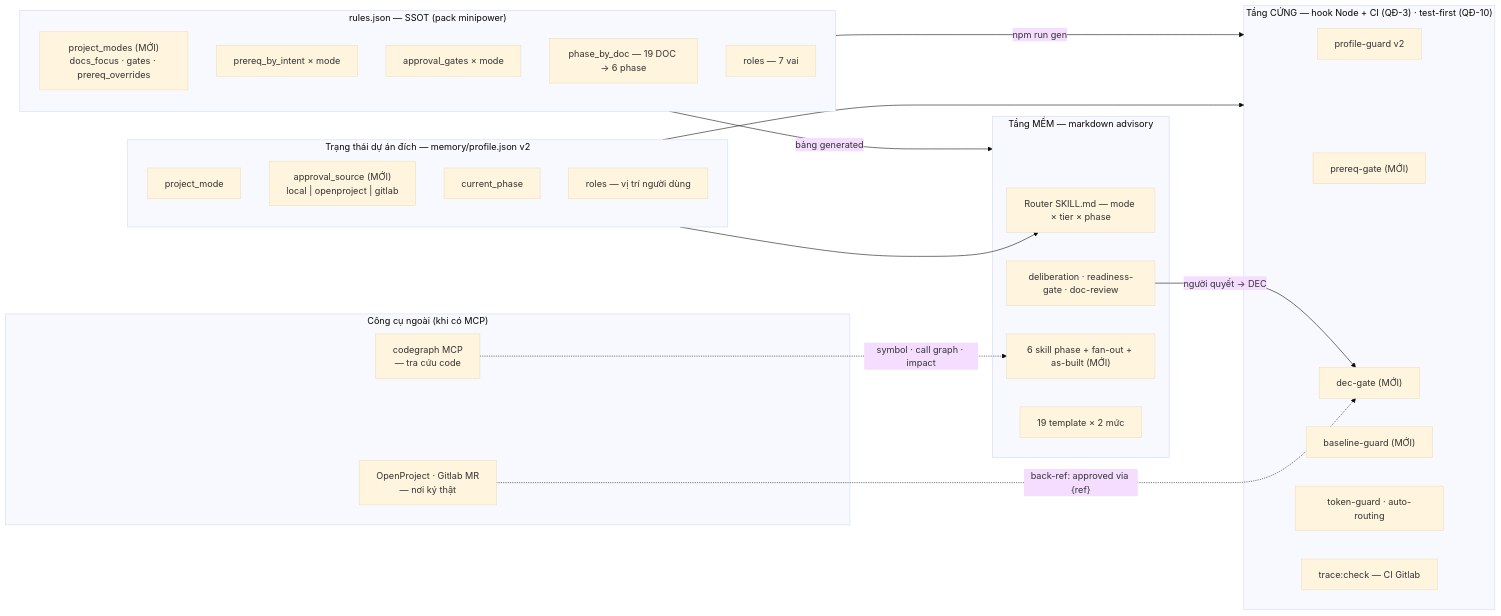
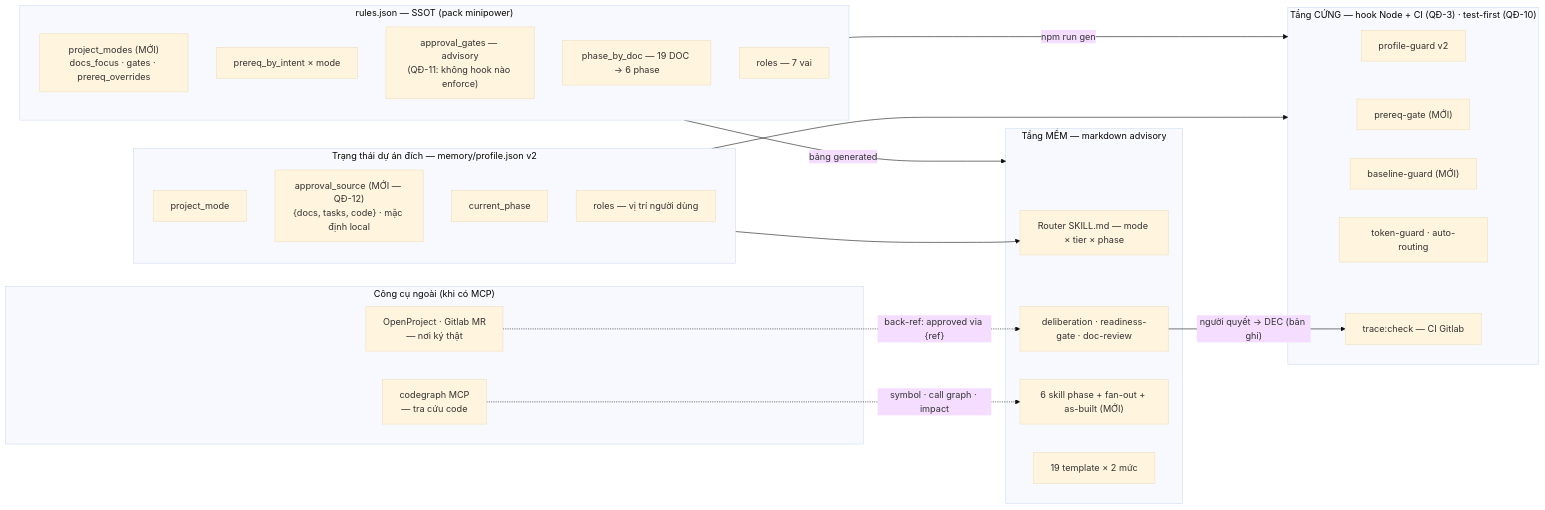
One commit to hoangnh2412/ai-skills changed the first of 3 diagrams in ADRs/ADR-020-2026-08-20-minipower-3-che-do-du-an-gate-bang-hook.md. Above: the diagram before and after it, drawn with Mermaid (base theme). The commit also changed other lines of this file and 14 other files, not shown here.

````diff
--- a/ADRs/ADR-020-2026-08-20-minipower-3-che-do-du-an-gate-bang-hook.md
+++ b/ADRs/ADR-020-2026-08-20-minipower-3-che-do-du-an-gate-bang-hook.md
@@ -129,46 +144,45 @@
 ```mermaid
 flowchart LR
   subgraph SSOT["rules.json — SSOT (pack minipower)"]
     modes["project_modes (MỚI)<br/>docs_focus · gates · prereq_overrides"]
     pbi["prereq_by_intent × mode"]
-    ag["approval_gates × mode"]
+    ag["approval_gates — advisory<br/>(QĐ-11: không hook nào enforce)"]
     pbd["phase_by_doc — 19 DOC → 6 phase"]
     roles["roles — 7 vai"]
   end
 
   subgraph STATE["Trạng thái dự án đích — memory/profile.json v2"]
     mode["project_mode"]
-    appr["approval_source (MỚI)<br/>local | openproject | gitlab"]
+    appr["approval_source (MỚI — QĐ-12)<br/>{docs, tasks, code} · mặc định local"]
     phase["current_phase"]
     myroles["roles — vị trí người dùng"]
   end
 
   subgraph HARD["Tầng CỨNG — hook Node + CI (QĐ-3) · test-first (QĐ-10)"]
     pg["profile-guard v2"]
     prq["prereq-gate (MỚI)"]
-    dec["dec-gate (MỚI)"]
     bg["baseline-guard (MỚI)"]
     tg["token-guard · auto-routing"]
     ci["trace:check — CI Gitlab"]
   end
 
   subgraph SOFT["Tầng MỀM — markdown advisory"]
     router["Router SKILL.md — mode × tier × phase"]
     gates["deliberation · readiness-gate · doc-review"]
     ps["6 skill phase + fan-out + as-built (MỚI)"]
     tpl["19 template × 2 mức"]
   end
 
   subgraph EXT["Công cụ ngoài (khi có MCP)"]
     op["OpenProject · Gitlab MR<br/>— nơi ký thật"]
     cg["codegraph MCP<br/>— tra cứu code"]
   end
 
   SSOT -->|"npm run gen"| HARD
   SSOT -->|"bảng generated"| SOFT
   STATE --> HARD
   STATE --> router
-  gates -->|"người quyết → DEC"| dec
-  op -.->|"back-ref: approved via {ref}"| dec
+  gates -->|"người quyết → DEC (bản ghi)"| ci
+  op -.->|"back-ref: approved via {ref}"| gates
   cg -.->|"symbol · call graph · impact"| ps
 ```
````
